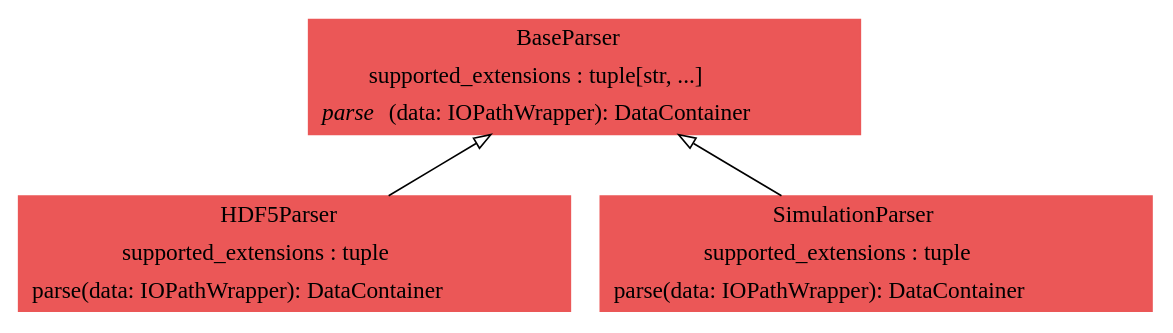
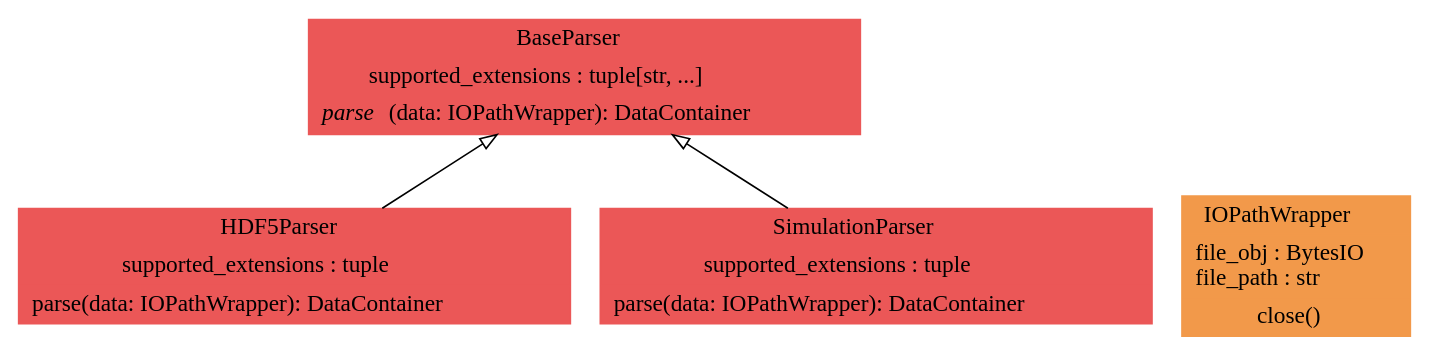
One commit to voidsy-gmbh/pyThermoNDT changed the diagram in docs/pyreverse/graphviz/classes_pythermondt.io.gv. Above: the diagram before and after it, drawn with Graphviz. The commit also changed 31 other files, not shown here.

First line of the commit message:
Move IOPathWrapper to io module and eliminate circular dependency with DataContainer (#95)

```diff
--- a/docs/pyreverse/graphviz/classes_pythermondt.io.gv
+++ b/docs/pyreverse/graphviz/classes_pythermondt.io.gv
@@ -1,9 +1,10 @@
 digraph "classes_pythermondt.io" {
 rankdir=BT
 charset="utf-8"
 "pythermondt.io.parsers.base_parser.BaseParser" [color="#EB5757", fontcolor="black", label=<{BaseParser|supported_extensions : tuple[str, ...]<br ALIGN="LEFT"/>|<I>parse</I>(data: IOPathWrapper): DataContainer<br ALIGN="LEFT"/>}>, shape="record", style="filled"];
 "pythermondt.io.parsers.hdf5_parser.HDF5Parser" [color="#EB5757", fontcolor="black", label=<{HDF5Parser|supported_extensions : tuple<br ALIGN="LEFT"/>|parse(data: IOPathWrapper): DataContainer<br ALIGN="LEFT"/>}>, shape="record", style="filled"];
+"pythermondt.io.utils.IOPathWrapper" [color="#F2994A", fontcolor="black", label=<{IOPathWrapper|file_obj : BytesIO<br ALIGN="LEFT"/>file_path : str<br ALIGN="LEFT"/>|close()<br ALIGN="LEFT"/>}>, shape="record", style="filled"];
 "pythermondt.io.parsers.simulation_parser.SimulationParser" [color="#EB5757", fontcolor="black", label=<{SimulationParser|supported_extensions : tuple<br ALIGN="LEFT"/>|parse(data: IOPathWrapper): DataContainer<br ALIGN="LEFT"/>}>, shape="record", style="filled"];
 "pythermondt.io.parsers.hdf5_parser.HDF5Parser" -> "pythermondt.io.parsers.base_parser.BaseParser" [arrowhead="empty", arrowtail="none"];
 "pythermondt.io.parsers.simulation_parser.SimulationParser" -> "pythermondt.io.parsers.base_parser.BaseParser" [arrowhead="empty", arrowtail="none"];
 }
```
